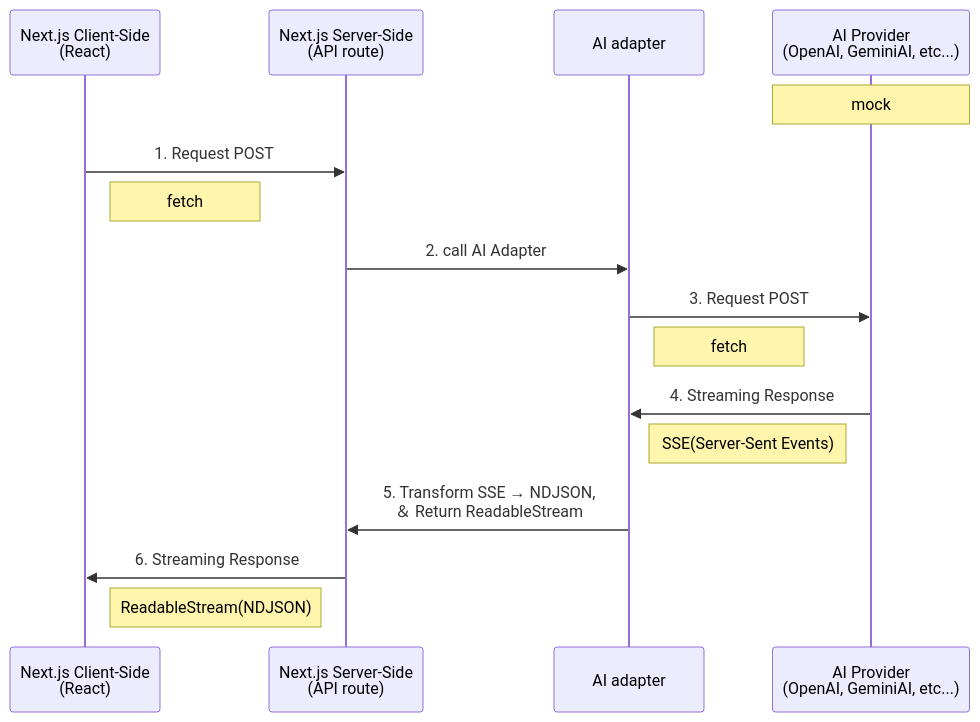
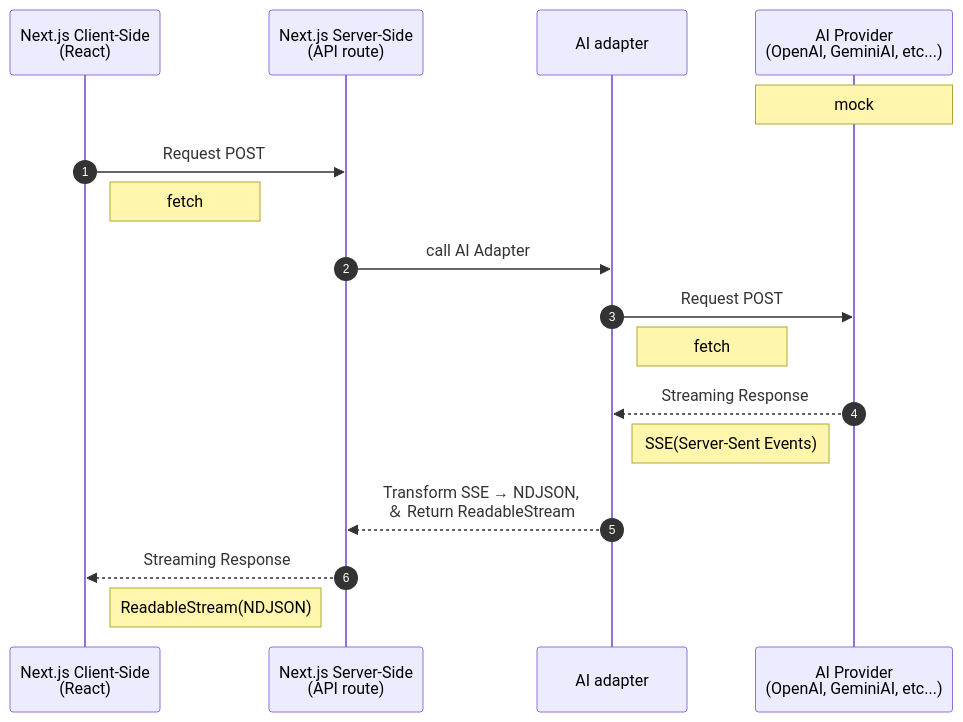
Before and after one commit to sudo-yoko/portfolio-nextjs: the diagram in _docs/chat/sequenceDiagram.md, drawn with Mermaid.

````diff
--- a/_docs/chat/sequenceDiagram.md
+++ b/_docs/chat/sequenceDiagram.md
@@ -1,26 +1,27 @@
  ```mermaid
 
 sequenceDiagram
+autonumber
 participant C as Next.js Client-Side<br>(React)
 participant S as Next.js Server-Side<br>(API route)
 participant AD as AI adapter
 participant A as AI Provider<br>(OpenAI, GeminiAI, etc...)
 Note over A: mock
 
-C->>S: 1. Request POST
+C->>S: Request POST
 Note right of C: fetch
 
-S->>AD: 2. call AI Adapter
+S->>AD: call AI Adapter
 
-AD->>A: 3. Request POST
+AD->>A: Request POST
 Note Right of AD: fetch
 
-A->>AD: 4. Streaming Response
+A-->>AD: Streaming Response
 Note left of A: SSE(Server-Sent Events)
 
-AD->>S: 5. Transform SSE → NDJSON,<br>＆ Return ReadableStream
+AD-->>S: Transform SSE → NDJSON,<br>＆ Return ReadableStream
 
-S->>C: 6. Streaming Response
+S-->>C: Streaming Response
 Note left of S: ReadableStream(NDJSON)
 
  ```
````
